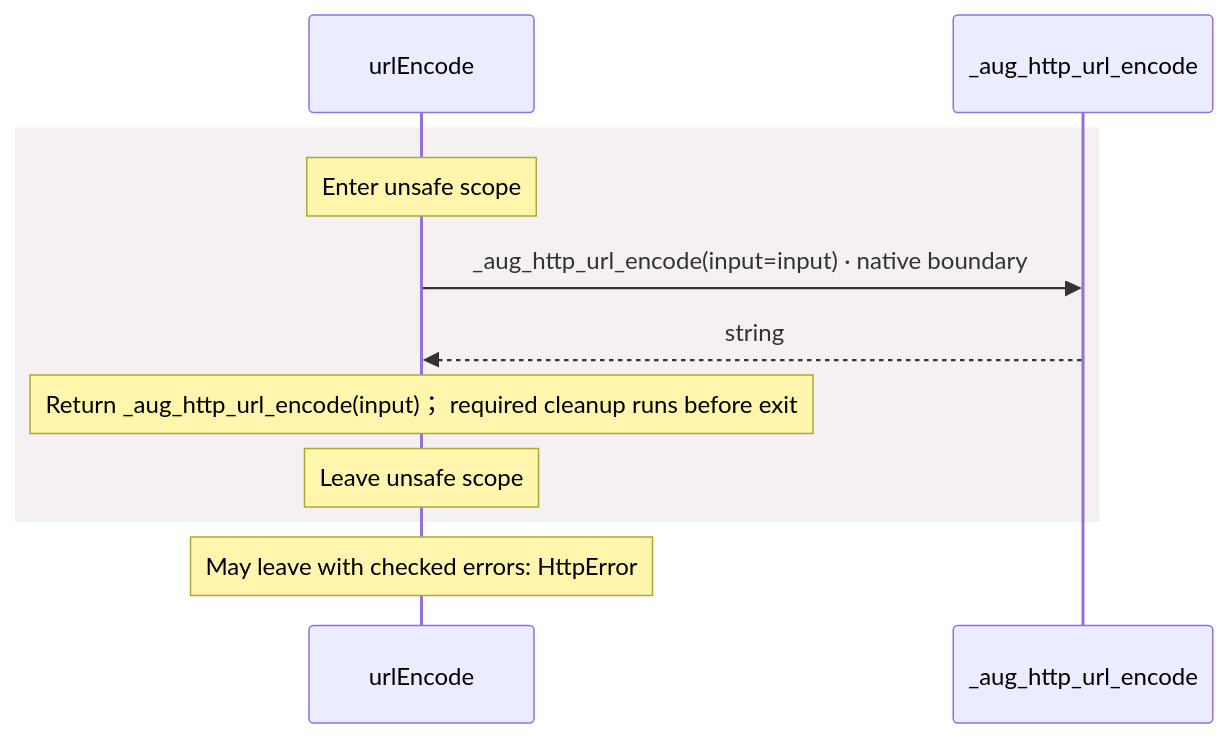
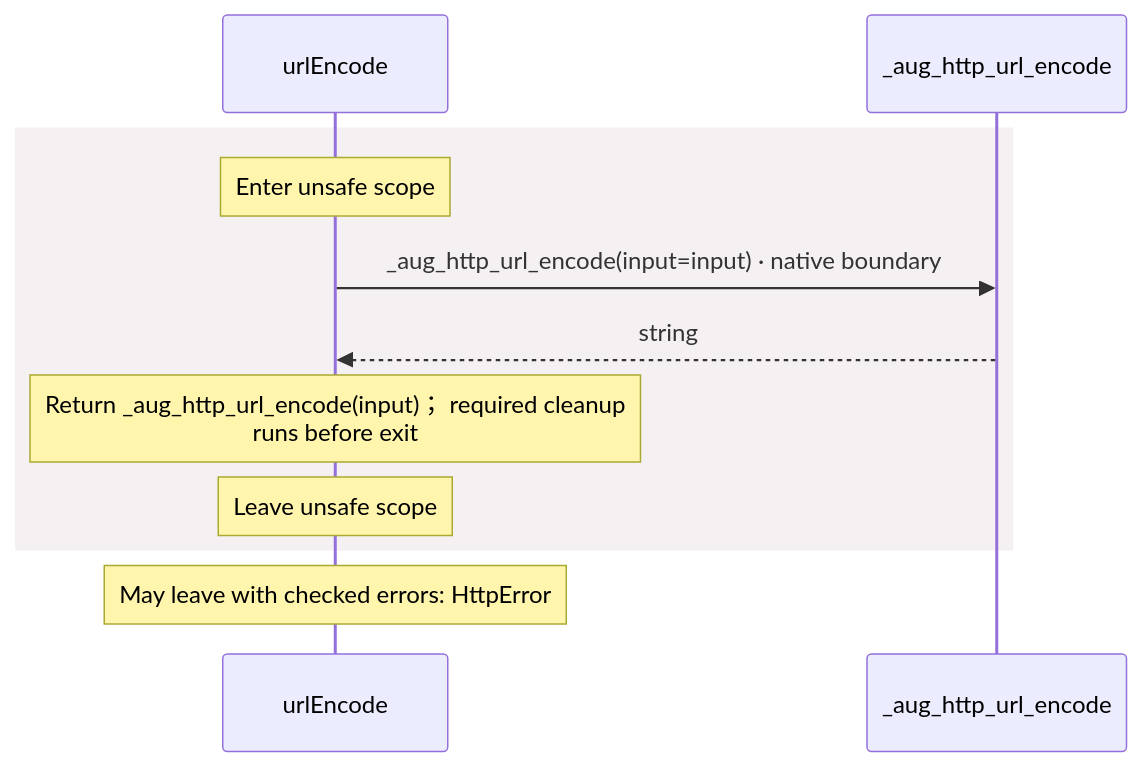
Before and after one commit to GreenPandaStudios/augscript: the sixth of 7 diagrams in docs/examples/oidc-login/dependencies/packages/@git/url_897efafd565158fc4908/0.0.0-git.a39fc582565d4fca40be4f75fa304d71adc69301/contracts-diagrams.md, drawn with Mermaid. The commit also changed other lines of this file and 200 other files, not shown here.

Commit message:
Group imported operations and wrap readable sequence messages

````diff
--- a/docs/examples/oidc-login/dependencies/packages/@git/url_897efafd565158fc4908/0.0.0-git.a39fc582565d4fca40be4f75fa304d71adc69301/contracts-diagrams.md
+++ b/docs/examples/oidc-login/dependencies/packages/@git/url_897efafd565158fc4908/0.0.0-git.a39fc582565d4fca40be4f75fa304d71adc69301/contracts-diagrams.md
@@ -205,13 +205,13 @@
 ```mermaid
 sequenceDiagram
     participant p0 as urlEncode
     participant p1 as _aug_http_url_encode
     rect rgb(245, 240, 241)
     Note over p0: Enter unsafe scope
     p0->>p1: _aug_http_url_encode(input=input) · native boundary
     p1-->>p0: string
-    Note over p0: Return _aug_http_url_encode(input)； required cleanup runs before exit
+    Note over p0: Return _aug_http_url_encode(input)； required cleanup<br/>runs before exit
     Note over p0: Leave unsafe scope
     end
     Note over p0: May leave with checked errors: HttpError
 ```
````
